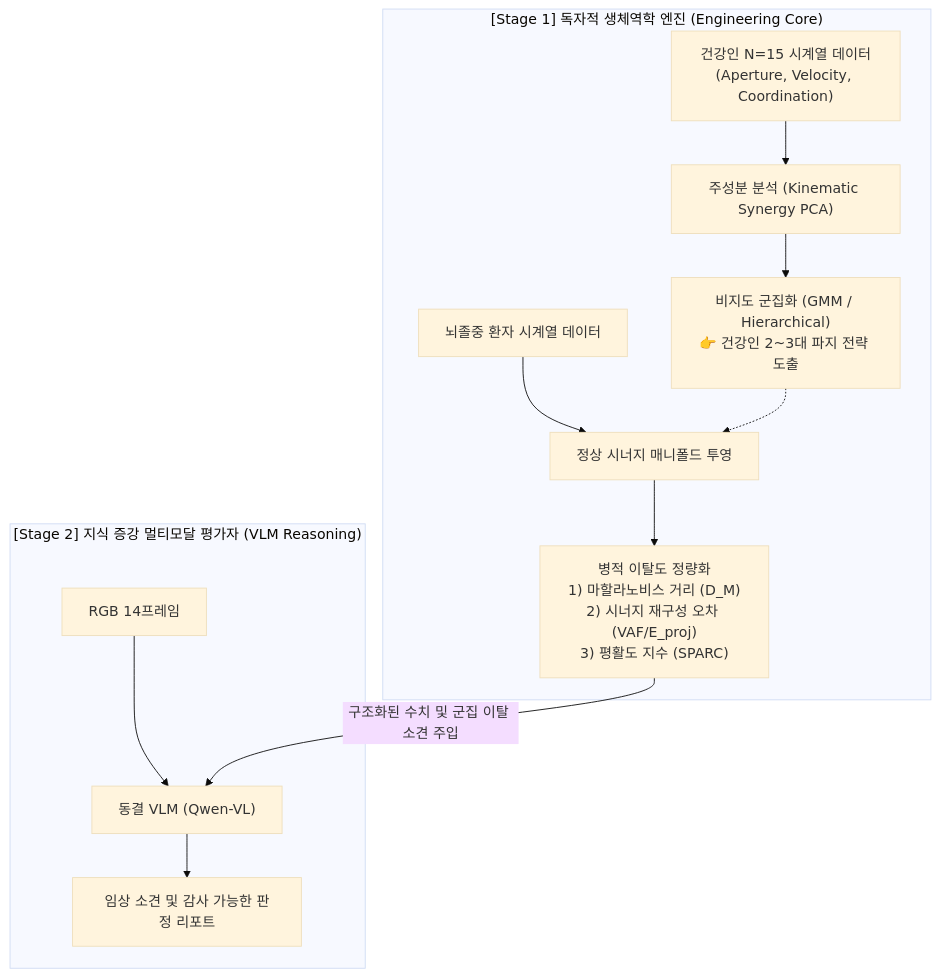
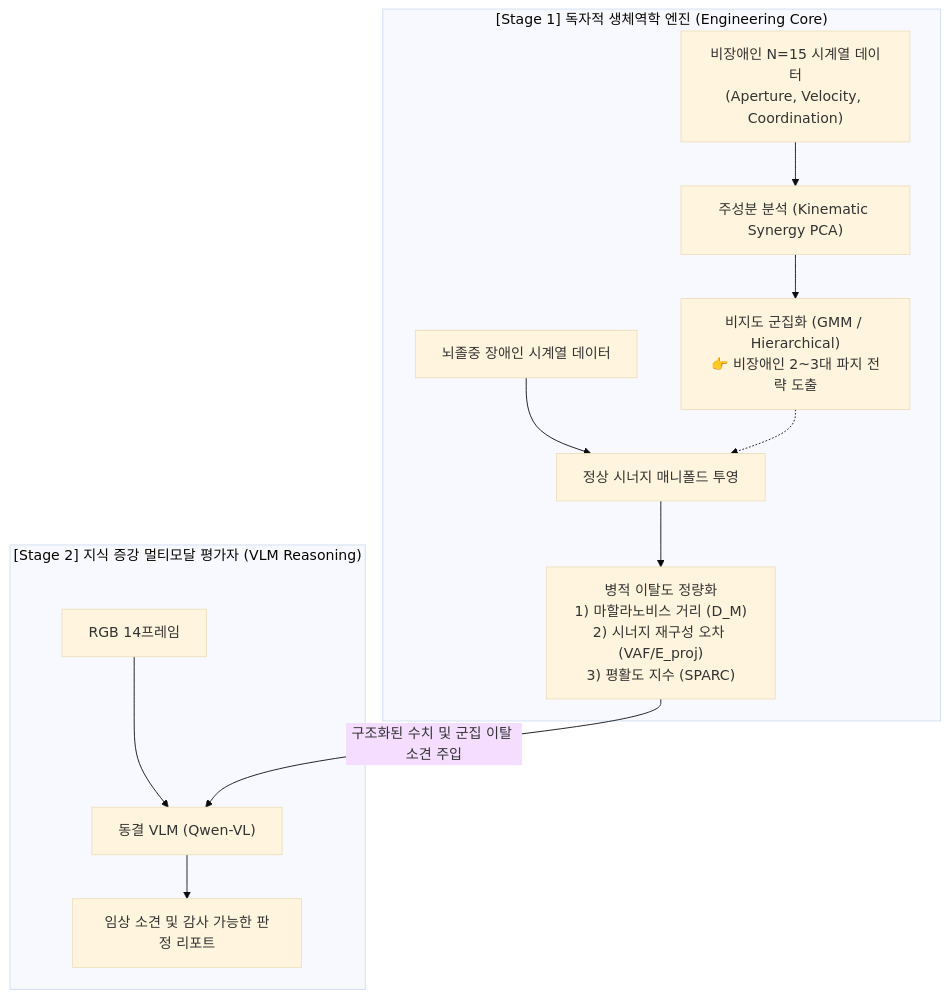
The diagram in capstone/03_연구계획_및_정리노트/healthy_kinematic_clustering_and_engineering_originality_ko.md (passtock/casstone), drawn with Mermaid (base theme) before and after one commit. The commit also changed other lines of this file and 728 other files, not shown here.

````diff
--- a/capstone/03_연구계획_및_정리노트/healthy_kinematic_clustering_and_engineering_originality_ko.md
+++ b/capstone/03_연구계획_및_정리노트/healthy_kinematic_clustering_and_engineering_originality_ko.md
@@ -29,17 +29,17 @@
 ```mermaid
 flowchart TD
     subgraph S1["[Stage 1] 독자적 생체역학 엔진 (Engineering Core)"]
-        H["건강인 N=15 시계열 데이터<br/>(Aperture, Velocity, Coordination)"] --> PCA["주성분 분석 (Kinematic Synergy PCA)"]
-        PCA --> GMM["비지도 군집화 (GMM / Hierarchical)<br/>👉 건강인 2~3대 파지 전략 도출"]
+        H["비장애인 N=15 시계열 데이터<br/>(Aperture, Velocity, Coordination)"] --> PCA["주성분 분석 (Kinematic Synergy PCA)"]
+        PCA --> GMM["비지도 군집화 (GMM / Hierarchical)<br/>👉 비장애인 2~3대 파지 전략 도출"]
         
-        P["뇌졸중 환자 시계열 데이터"] --> PROJ["정상 시너지 매니폴드 투영"]
+        P["뇌졸중 장애인 시계열 데이터"] --> PROJ["정상 시너지 매니폴드 투영"]
         GMM -.-> PROJ
         PROJ --> DEV["병적 이탈도 정량화<br/>1) 마할라노비스 거리 (D_M)<br/>2) 시너지 재구성 오차 (VAF/E_proj)<br/>3) 평활도 지수 (SPARC)"]
     end
 
     subgraph S2["[Stage 2] 지식 증강 멀티모달 평가자 (VLM Reasoning)"]
         RGB["RGB 14프레임"] --> VLM["동결 VLM (Qwen-VL)"]
         DEV -->|"구조화된 수치 및 군집 이탈 소견 주입"| VLM
         VLM --> RPT["임상 소견 및 감사 가능한 판정 리포트"]
     end
 ```
````
